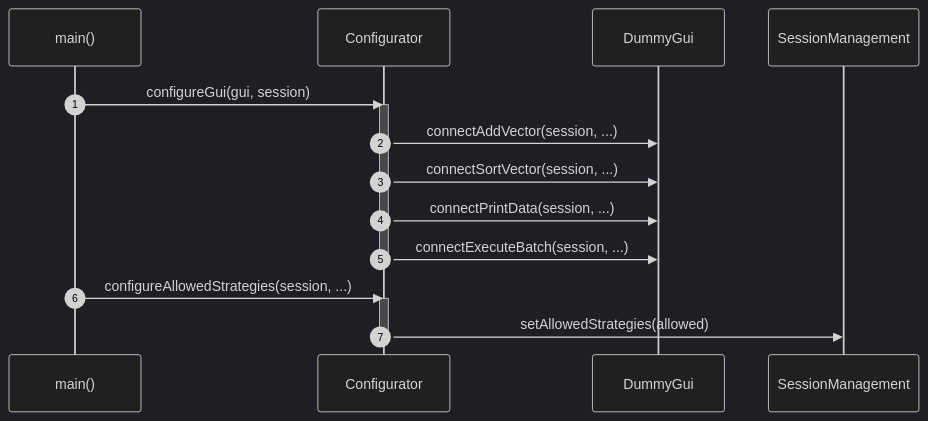
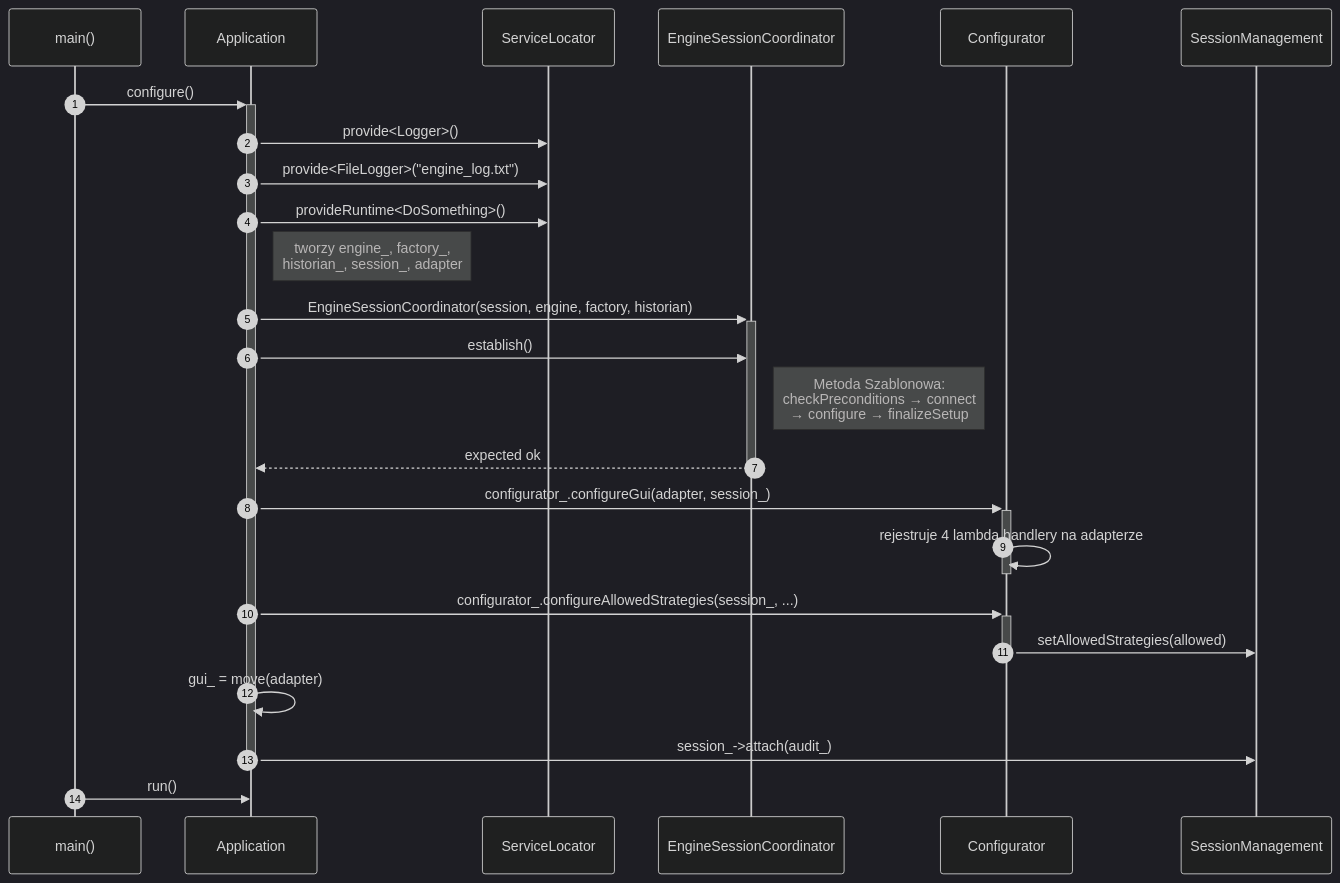
Before and after one commit to RyszardHalapacz/cpp-design-patterns-examples: the first of 6 diagrams in docs/pl/_diagram/diagram_sekwencji.md, drawn with Mermaid (dark theme). The commit also changed other lines of this file and 3 other files, not shown here.

First line of the commit message:
docs: rewrite class and sequence diagrams to reflect current architecture

````diff
--- a/docs/pl/_diagram/diagram_sekwencji.md
+++ b/docs/pl/_diagram/diagram_sekwencji.md
@@ -21,20 +23,30 @@
 ```mermaid
 sequenceDiagram
     autonumber
     participant Main as main()
+    participant App as Application
+    participant SL as ServiceLocator
+    participant Coord as EngineSessionCoordinator
     participant Cfg as Configurator
-    participant Gui as DummyGui
     participant Session as SessionManagement
 
-    Main->>Cfg: configureGui(gui, session)
-    activate Cfg
-    Cfg->>Gui: connectAddVector(session, ...)
-    Cfg->>Gui: connectSortVector(session, ...)
-    Cfg->>Gui: connectPrintData(session, ...)
-    Cfg->>Gui: connectExecuteBatch(session, ...)
+    Main->>+App: configure()
+    App->>SL: provide<Logger>()
+    App->>SL: provide<FileLogger>("engine_log.txt")
+    App->>SL: provideRuntime<DoSomething>()
+    Note right of App: tworzy engine_, factory_,<br/>historian_, session_, adapter
+    App->>+Coord: EngineSessionCoordinator(session, engine, factory, historian)
+    App->>Coord: establish()
+    Note right of Coord: Metoda Szablonowa:<br/>checkPreconditions → connect<br/>→ configure → finalizeSetup
+    Coord-->>-App: expected ok
+    App->>+Cfg: configurator_.configureGui(adapter, session_)
+    Cfg->>Cfg: rejestruje 4 lambda handlery na adapterze
     deactivate Cfg
-    Main->>Cfg: configureAllowedStrategies(session, ...)
-    activate Cfg
+    App->>+Cfg: configurator_.configureAllowedStrategies(session_, ...)
     Cfg->>Session: setAllowedStrategies(allowed)
     deactivate Cfg
+    App->>App: gui_ = move(adapter)
+    App->>Session: session_->attach(audit_)
+    deactivate App
+    Main->>App: run()
 ```
````
